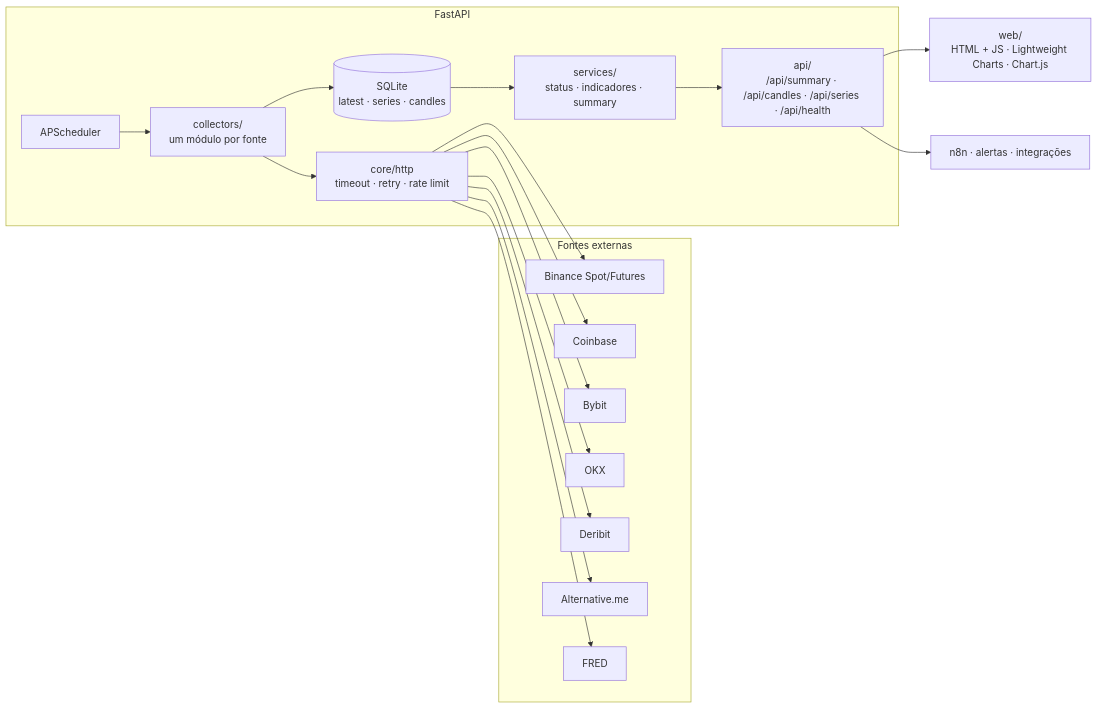
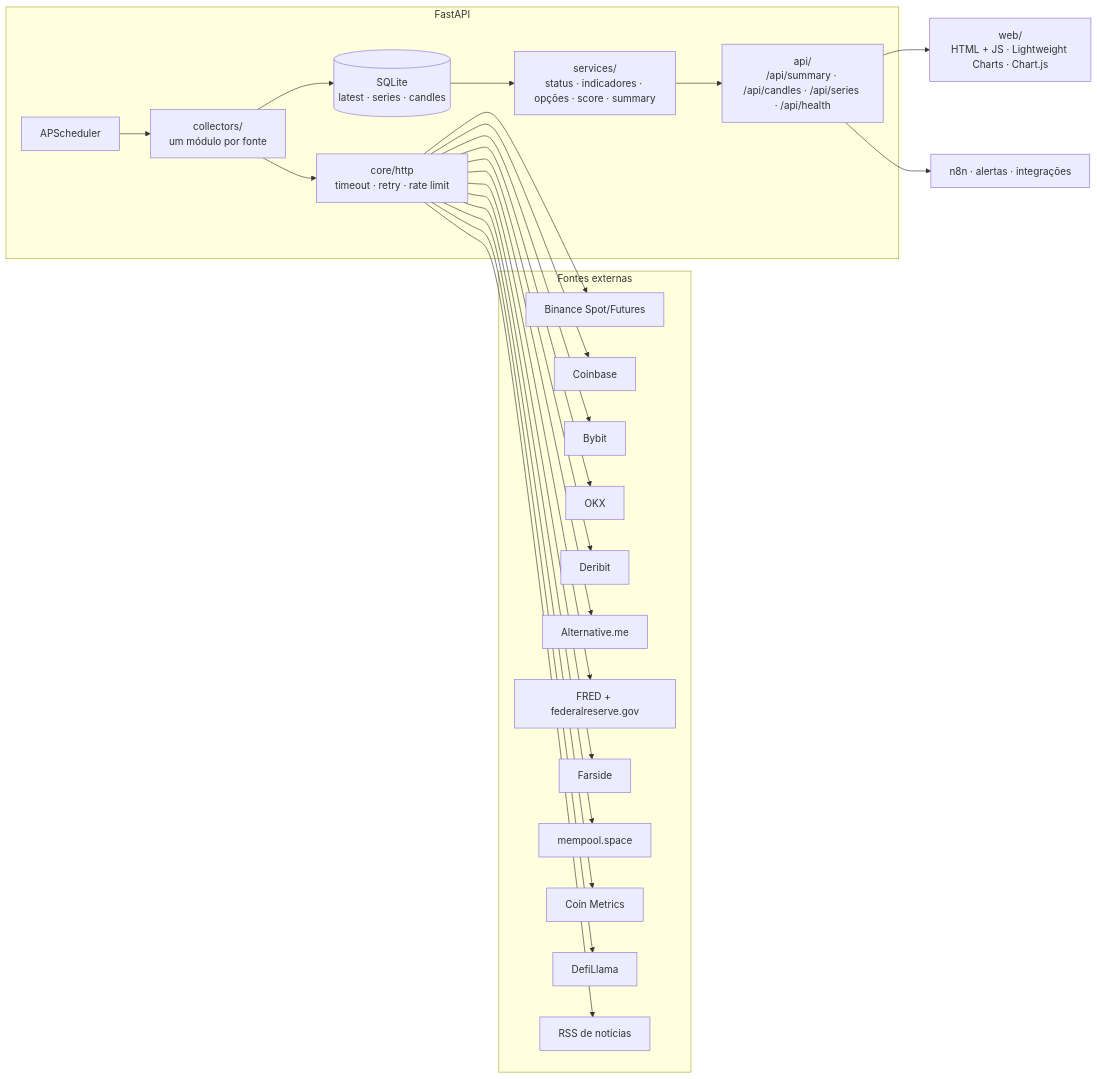
The diagram in README.md (denecis-can/Acompanhamento-do-Bitcoin), drawn with Mermaid before and after one commit. The commit also changed other lines of this file and 1 other file, not shown here.

````diff
--- a/README.md
+++ b/README.md
@@ -20,24 +21,29 @@
 ```mermaid
 flowchart LR
     subgraph Fontes externas
         BN[Binance Spot/Futures]
         CB[Coinbase]
         BY[Bybit]
         OK[OKX]
         DR[Deribit]
         AM[Alternative.me]
-        FR[FRED]
+        FR[FRED + federalreserve.gov]
+        FS[Farside]
+        MP[mempool.space]
+        CM[Coin Metrics]
+        DL[DefiLlama]
+        RSS[RSS de notícias]
     end
 
     subgraph Backend [FastAPI]
         SCH[APScheduler] --> COL[collectors/<br/>um módulo por fonte]
         COL --> HTTP[core/http<br/>timeout · retry · rate limit]
-        HTTP --> BN & CB & BY & OK & DR & AM & FR
+        HTTP --> BN & CB & BY & OK & DR & AM & FR & FS & MP & CM & DL & RSS
         COL --> DB[(SQLite<br/>latest · series · candles)]
-        DB --> SVC[services/<br/>status · indicadores · summary]
+        DB --> SVC[services/<br/>status · indicadores · opções · score · summary]
         SVC --> API[api/<br/>/api/summary · /api/candles · /api/series · /api/health]
     end
 
     API --> WEB[web/<br/>HTML + JS · Lightweight Charts · Chart.js]
     API --> EXT[n8n · alertas · integrações]
 ```
````
